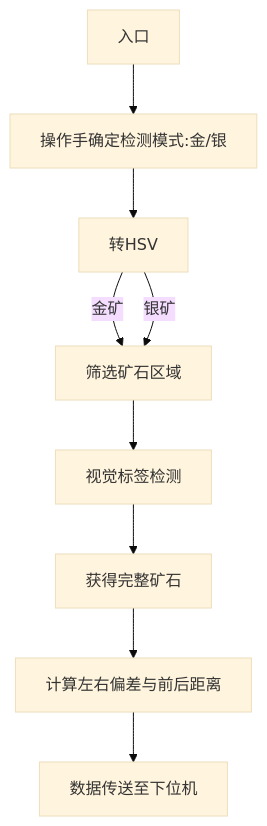
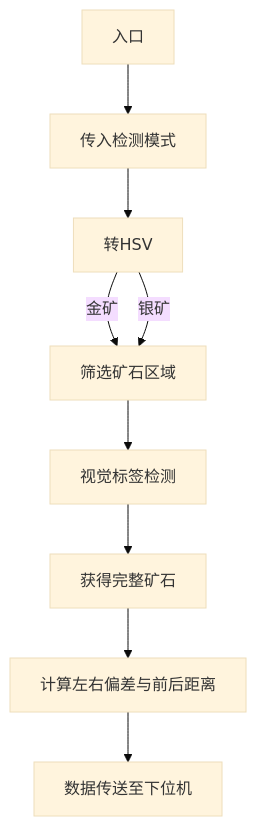
Before and after one commit to pesionzhao/Engineer_Vision: the diagram in README.md, drawn with Mermaid (base theme).

````diff
--- a/README.md
+++ b/README.md
@@ -53,6 +53,5 @@
  ```mermaid
  graph TD
-     入口-->操作手确定检测模式:金/银-->转HSV-->|金矿|筛选矿石区域-->视觉标签检测-->获得完整矿石-->计算左右偏差与前后距离-->数据传送至下位机
+     入口-->传入检测模式-->转HSV-->|金矿|筛选矿石区域-->视觉标签检测-->获得完整矿石-->计算左右偏差与前后距离-->数据传送至下位机
      转HSV-->|银矿| 筛选矿石区域
- 
  ```
````
